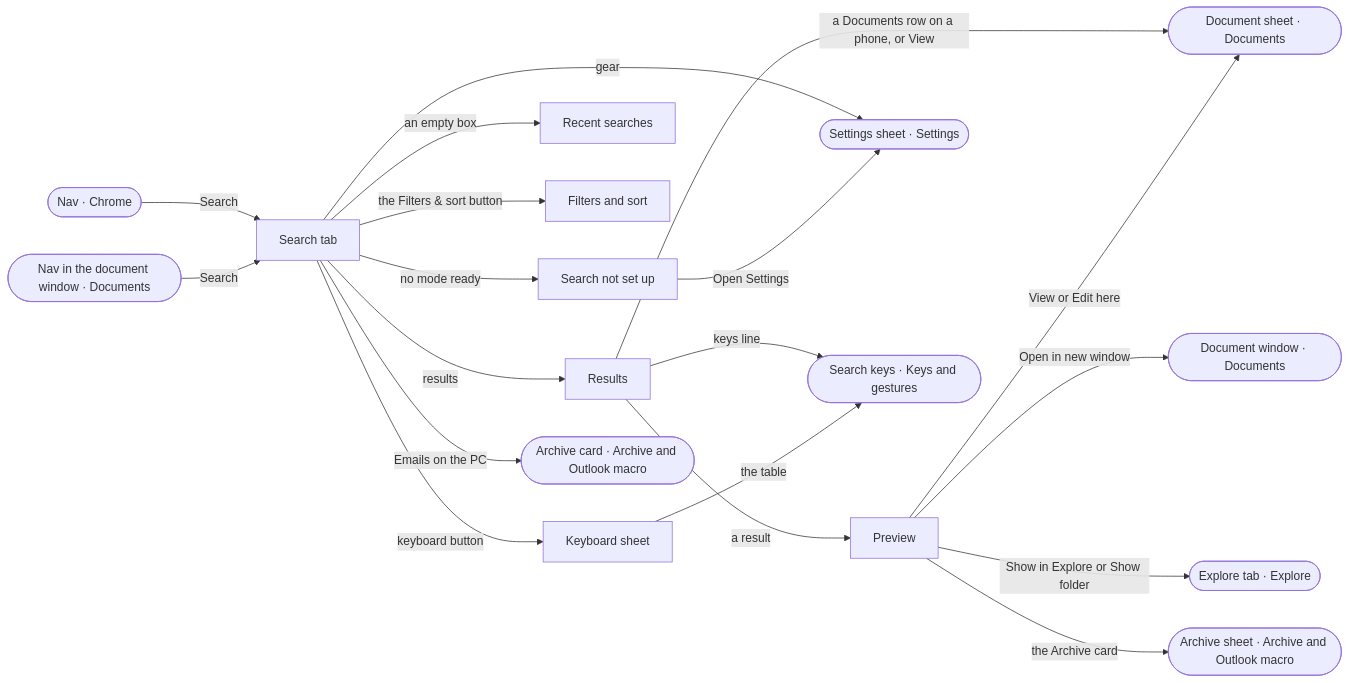
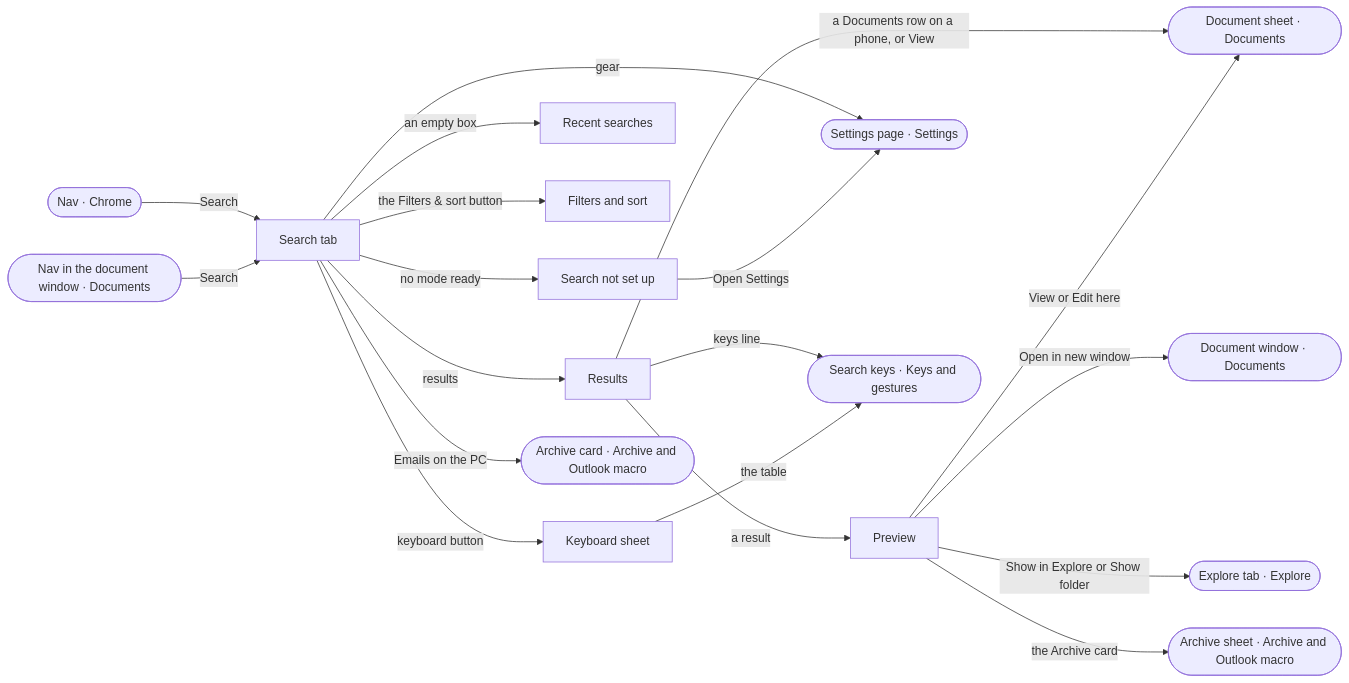
The second of 10 diagrams in docs/ux-surface-map.md (ferraroroberto/folder-explorer), drawn with Mermaid before and after one commit. The commit also changed other lines of this file and 11 other files, not shown here.

````diff
--- a/docs/ux-surface-map.md
+++ b/docs/ux-surface-map.md
@@ -207,37 +207,37 @@
 ```mermaid
 flowchart LR
   s8["Search tab"]
   s9["Search not set up"]
   s10["Recent searches"]
   s11["Filters and sort"]
   s12["Results"]
   s13["Preview"]
   s14["Keyboard sheet"]
   s0(["Nav · Chrome"])
   s40(["Archive card · Archive and Outlook macro"])
-  s43(["Settings sheet · Settings"])
+  s43(["Settings page · Settings"])
   s31(["Document sheet · Documents"])
   s70(["Search keys · Keys and gestures"])
   s37(["Document window · Documents"])
   s15(["Explore tab · Explore"])
   s41(["Archive sheet · Archive and Outlook macro"])
   s38(["Nav in the document window · Documents"])
   s0 -->|"Search"| s8
   s8 -->|"no mode ready"| s9
   s8 -->|"an empty box"| s10
   s8 -->|"the Filters & sort button"| s11
   s8 -->|"results"| s12
   s8 -->|"keyboard button"| s14
   s8 -->|"Emails on the PC"| s40
   s8 -->|"gear"| s43
   s9 -->|"Open Settings"| s43
   s12 -->|"a result"| s13
   s12 -->|"a Documents row on a phone, or View"| s31
   s12 -->|"keys line"| s70
   s13 -->|"View or Edit here"| s31
   s13 -->|"Open in new window"| s37
   s13 -->|"Show in Explore or Show folder"| s15
   s13 -->|"the Archive card"| s41
   s14 -->|"the table"| s70
   s38 -->|"Search"| s8
 ```
````
